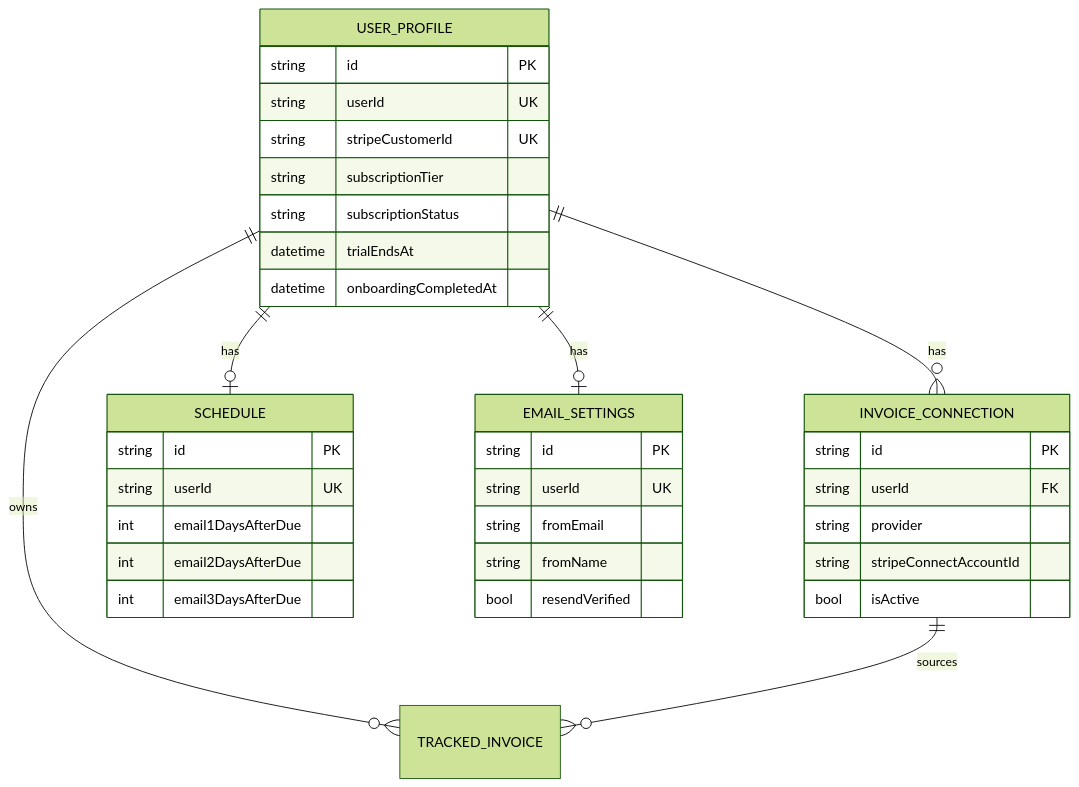
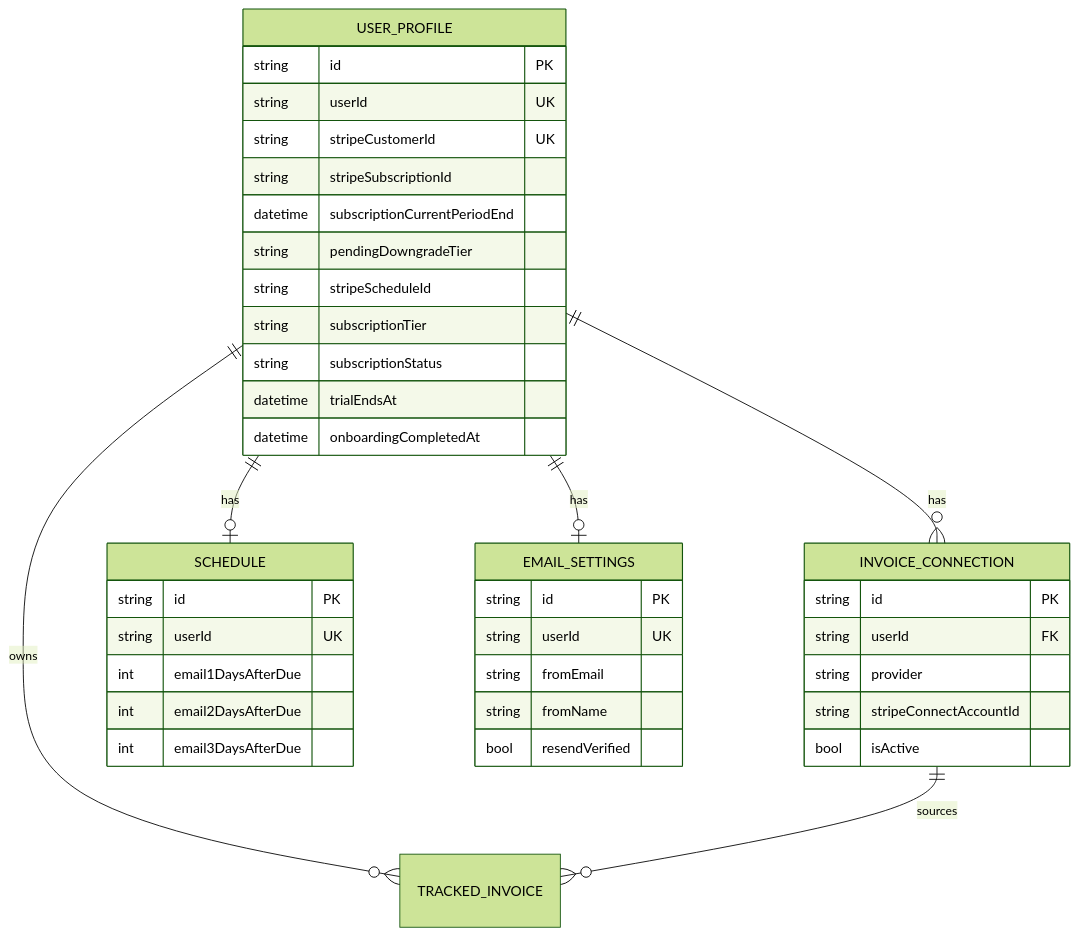
One commit to nick-syspac/paidsoon changed the first of 4 diagrams in docs/DDD.md. Above: the diagram before and after it, drawn with Mermaid (forest theme). The commit also changed other lines of this file and 9 other files, not shown here.

````diff
--- a/docs/DDD.md
+++ b/docs/DDD.md
@@ -211,39 +217,43 @@
 ```mermaid
 erDiagram
     USER_PROFILE ||--o{ INVOICE_CONNECTION : has
     USER_PROFILE ||--o| SCHEDULE : has
     USER_PROFILE ||--o| EMAIL_SETTINGS : has
     USER_PROFILE ||--o{ TRACKED_INVOICE : owns
     INVOICE_CONNECTION ||--o{ TRACKED_INVOICE : sources
 
     USER_PROFILE {
         string id PK
         string userId UK
         string stripeCustomerId UK
+        string stripeSubscriptionId
+        datetime subscriptionCurrentPeriodEnd
+        string pendingDowngradeTier
+        string stripeScheduleId
         string subscriptionTier
         string subscriptionStatus
         datetime trialEndsAt
         datetime onboardingCompletedAt
     }
     INVOICE_CONNECTION {
         string id PK
         string userId FK
         string provider
         string stripeConnectAccountId
         bool isActive
     }
     SCHEDULE {
         string id PK
         string userId UK
         int email1DaysAfterDue
         int email2DaysAfterDue
         int email3DaysAfterDue
     }
     EMAIL_SETTINGS {
         string id PK
         string userId UK
         string fromEmail
         string fromName
         bool resendVerified
     }
 ```
````
